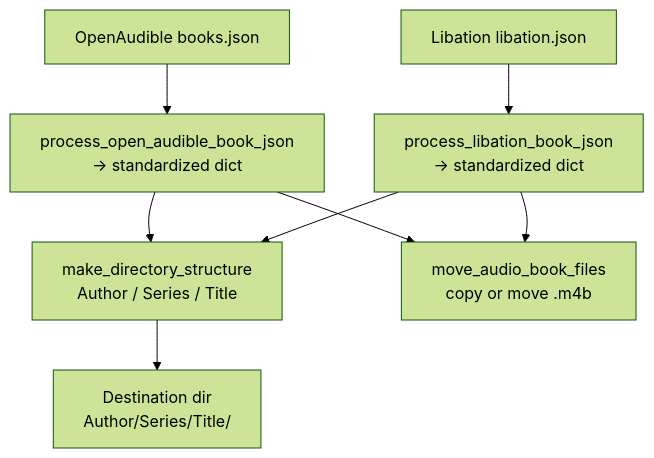
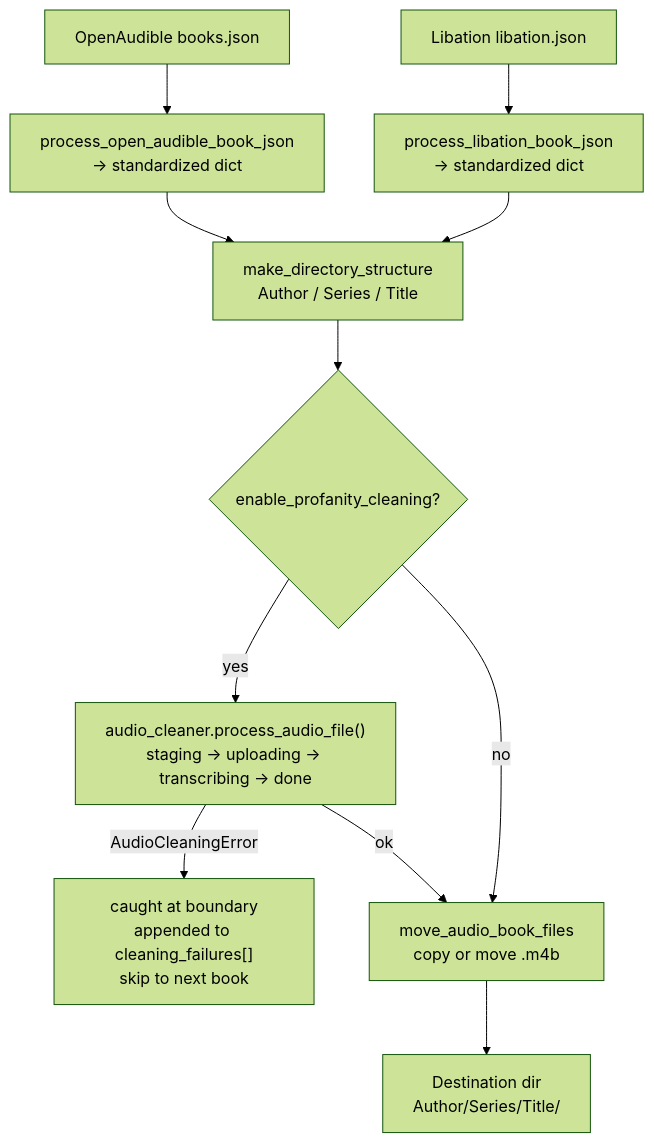
The second of 5 diagrams in docs/CODEFLOW.md (stratus-ss/OpenAudible-To-AudioBookShelf), drawn with Mermaid (forest theme) before and after one commit. The commit also changed other lines of this file and 21 other files, not shown here.

````diff
--- a/docs/CODEFLOW.md
+++ b/docs/CODEFLOW.md
@@ -41,12 +41,14 @@
 ```mermaid
 flowchart TD
     OA["OpenAudible books.json"] --> NORM1["process_open_audible_book_json\n→ standardized dict"]
     LIB["Libation libation.json"] --> NORM2["process_libation_book_json\n→ standardized dict"]
-    
+
     NORM1 --> STRUCT["make_directory_structure\nAuthor / Series / Title"]
     NORM2 --> STRUCT
-    STRUCT --> DISK["Destination dir\nAuthor/Series/Title/"]
-    
-    NORM1 --> FILE["move_audio_book_files\ncopy or move .m4b"]
-    NORM2 --> FILE
+    STRUCT --> CLEAN{"enable_profanity_cleaning?"}
+    CLEAN -- "yes" --> CLEAN2["audio_cleaner.process_audio_file()\nstaging → uploading → transcribing → done"]
+    CLEAN2 -- "AudioCleaningError" --> FAIL["caught at boundary\nappended to cleaning_failures[]\nskip to next book"]
+    CLEAN2 -- "ok" --> FILE["move_audio_book_files\ncopy or move .m4b"]
+    CLEAN -- "no" --> FILE
+    FILE --> DISK["Destination dir\nAuthor/Series/Title/"]
 ```
````
